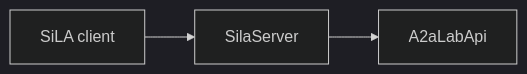
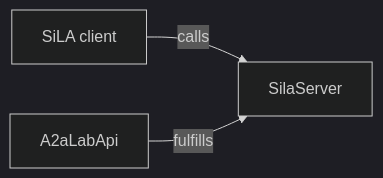
Before and after one commit to A3Analytics/a2a-lab-dev-kit-rs: the diagram in backlog/docs/reference/sila-2/doc-8 - SiLA-2.md, drawn with Mermaid (dark theme). The commit also changed other lines of this file, not shown here.

Commit message:
Enhance SiLA 2 documentation by clarifying the relationship between A2aLabApi and SilaServer. The diagram and descriptions have been updated to reflect that A2aLabApi fulfills SilaServer, improving clarity in the A2A-LAB devkit architecture.

````diff
--- a/backlog/docs/reference/sila-2/doc-8 - SiLA-2.md
+++ b/backlog/docs/reference/sila-2/doc-8 - SiLA-2.md
@@ -17,7 +17,7 @@
 ```mermaid
 flowchart LR
-  accTitle: SiLA 2 interface
-  accDescr: A SiLA client calls SilaServer. SilaServer calls A2aLabApi.
-  client["SiLA client"] --> sila["SilaServer"]
-  sila --> api["A2aLabApi"]
+  accTitle: A2aLabApi fulfills SilaServer
+  accDescr: A SiLA client calls SilaServer. A2aLabApi fulfills SilaServer.
+  client["SiLA client"] -->|"calls"| sila["SilaServer"]
+  api["A2aLabApi"] -->|"fulfills"| sila
 ```
````
